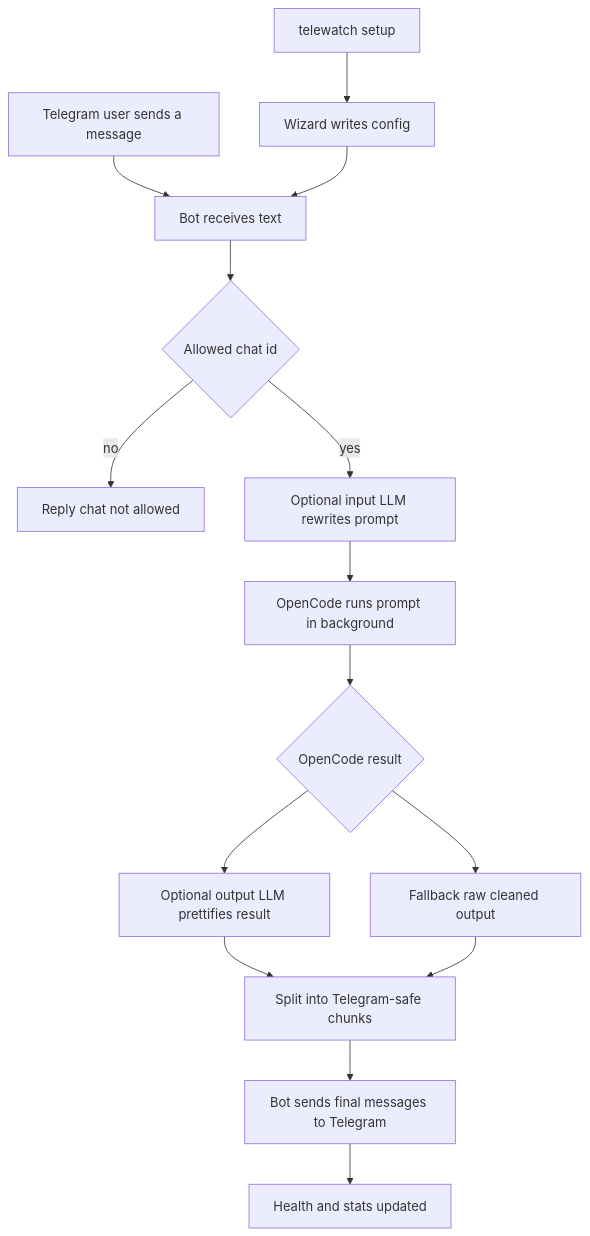
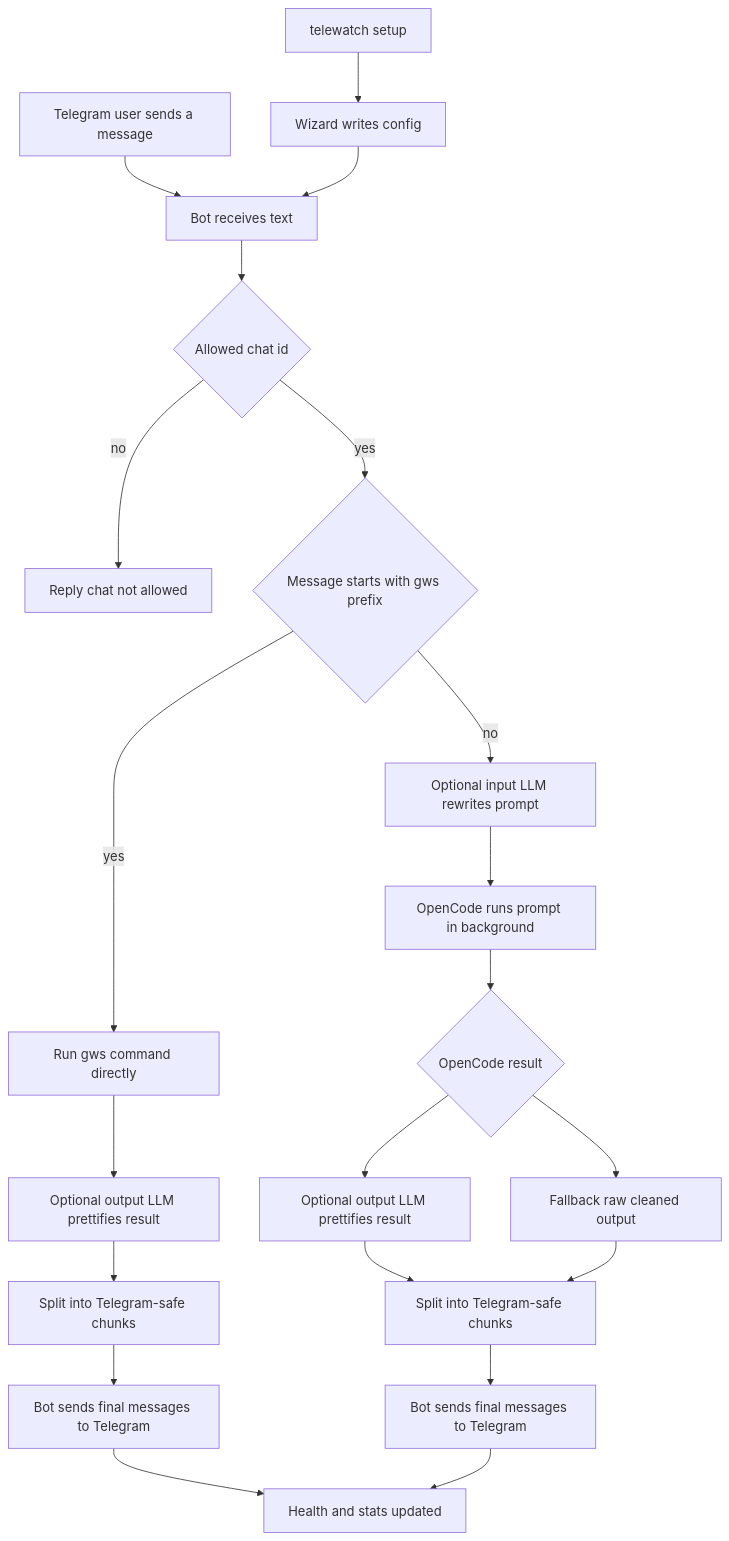
The diagram in README.md (ArindamTripathi619/openbridge), drawn with Mermaid before and after one commit. The commit also changed other lines of this file and 6 other files, not shown here.

Commit message:
Document GWS integration and harden bot workflow

````diff
--- a/README.md
+++ b/README.md
@@ -9,17 +25,23 @@
 ```mermaid
 flowchart TD
     A[Telegram user sends a message] --> B[Bot receives text]
     B --> C{Allowed chat id}
     C -- no --> D[Reply chat not allowed]
-    C -- yes --> E[Optional input LLM rewrites prompt]
-    E --> F[OpenCode runs prompt in background]
-    F --> G{OpenCode result}
-    G --> H[Optional output LLM prettifies result]
-    G --> I[Fallback raw cleaned output]
-    H --> J[Split into Telegram-safe chunks]
-    I --> J
-    J --> K[Bot sends final messages to Telegram]
-    K --> L[Health and stats updated]
-    M[telewatch setup] --> N[Wizard writes config]
-    N --> B
+    C -- yes --> E{Message starts with gws prefix}
+    E -- yes --> F[Run gws command directly]
+    F --> G[Optional output LLM prettifies result]
+    G --> H[Split into Telegram-safe chunks]
+    H --> I[Bot sends final messages to Telegram]
+    E -- no --> J[Optional input LLM rewrites prompt]
+    J --> K[OpenCode runs prompt in background]
+    K --> L{OpenCode result}
+    L --> M[Optional output LLM prettifies result]
+    L --> N[Fallback raw cleaned output]
+    M --> O[Split into Telegram-safe chunks]
+    N --> O
+    O --> P[Bot sends final messages to Telegram]
+    I --> Q[Health and stats updated]
+    P --> Q
+    R[telewatch setup] --> S[Wizard writes config]
+    S --> B
 ```
````
